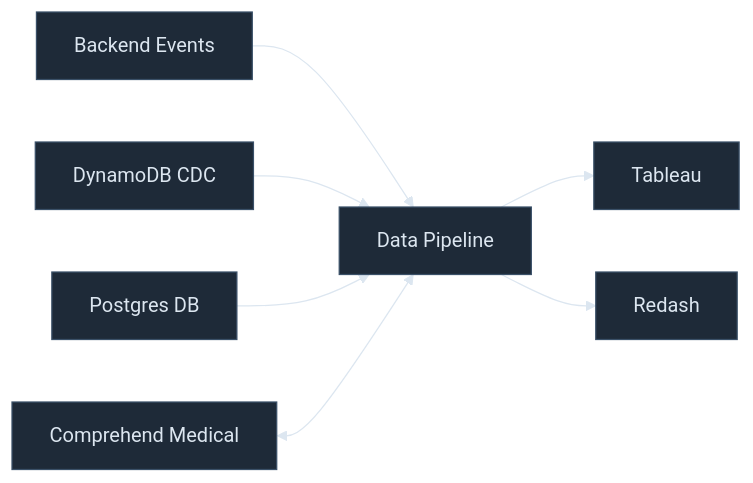
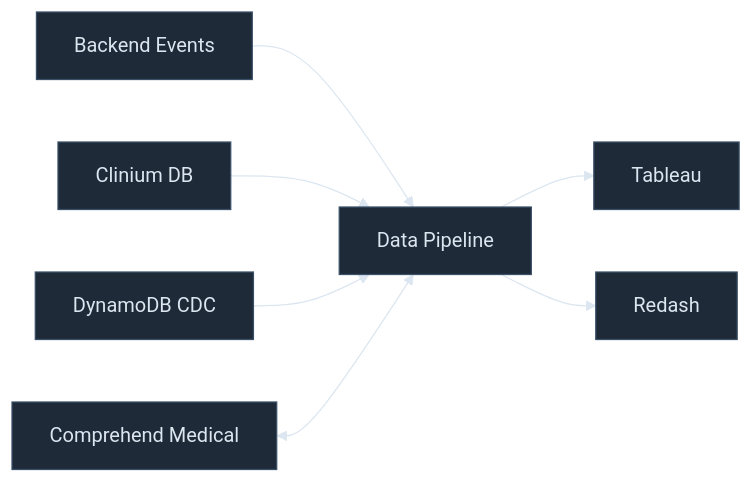
One commit to mosh-ja/itl-presentation changed the diagram in pages/04-context.md. Above: the diagram before and after it, drawn with Mermaid. The commit also changed other lines of this file and 5 other files, not shown here.

````diff
--- a/pages/04-context.md
+++ b/pages/04-context.md
@@ -15,28 +15,28 @@
 ```mermaid
 %%{init: {
   'theme': 'base',
   'themeVariables': {
     'background': '#0B0F14',
     'primaryColor': '#1e2a38',
     'primaryBorderColor': '#3a5068',
     'primaryTextColor': '#dce6f0',
     'lineColor': '#dce6f0',
     'edgeColor': '#7ab8e0'
   }
 }}%%
 graph LR
     BE["Backend Events"]
+    CL["Clinium DB"]
     DDB["DynamoDB CDC"]
-    PG["Postgres DB"]
     CM["Comprehend Medical"]
     Platform["Data Pipeline"]
-    Tableau["Tableau"]
-    Redash["Redash"]
+    Tableau
+    Redash
 
     BE --> Platform
+    CL --> Platform
     DDB --> Platform
-    PG --> Platform
     CM <--> Platform
     Platform --> Tableau
     Platform --> Redash
 ```
````
